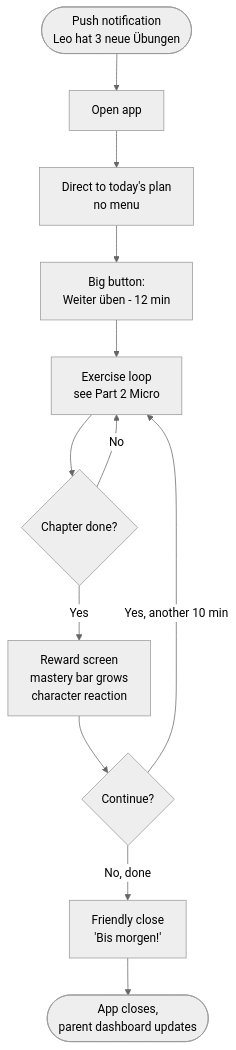
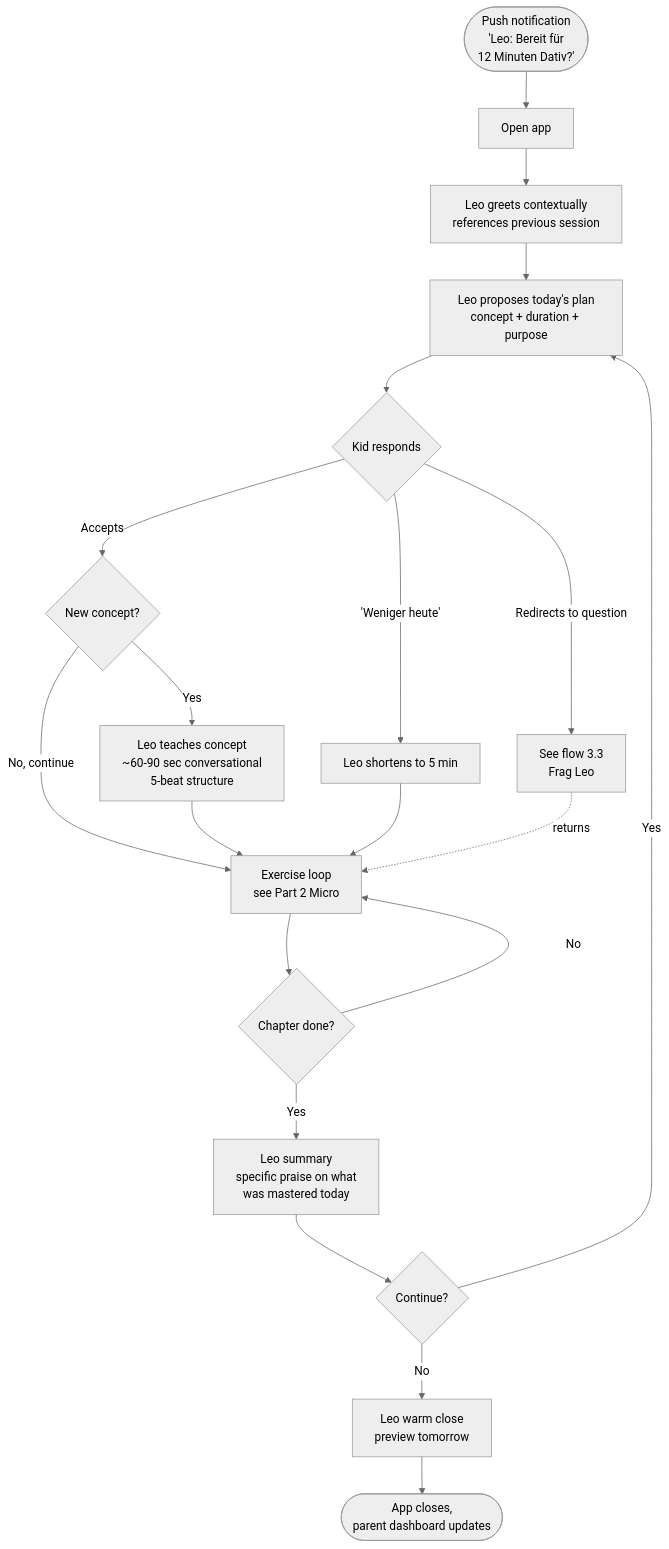
The sixth of 16 diagrams in docs/product/user-flows-and-interaction.md (romank-crisp/gymi-pruf), drawn with Mermaid (neutral theme) before and after one commit. The commit also changed other lines of this file and 3 other files, not shown here.

````diff
--- a/docs/product/user-flows-and-interaction.md
+++ b/docs/product/user-flows-and-interaction.md
@@ -189,14 +207,22 @@
 ```mermaid
 flowchart TD
-    N([Push notification<br/>Leo hat 3 neue Übungen]) --> O[Open app]
-    O --> T[Direct to today's plan<br/>no menu]
-    T --> C1[Big button:<br/>Weiter üben - 12 min]
-    C1 --> E[Exercise loop<br/>see Part 2 Micro]
+    N([Push notification<br/>'Leo: Bereit für<br/>12 Minuten Dativ?']) --> O[Open app]
+    O --> G[Leo greets contextually<br/>references previous session]
+    G --> P[Leo proposes today's plan<br/>concept + duration + purpose]
+    P --> R{Kid responds}
+    R -->|Accepts| T{New concept?}
+    R -->|Redirects to question| FRAG[See flow 3.3<br/>Frag Leo]
+    R -->|'Weniger heute'| SHORT[Leo shortens to 5 min]
+    T -->|Yes| INTRO[Leo teaches concept<br/>~60-90 sec conversational<br/>5-beat structure]
+    T -->|No, continue| E[Exercise loop<br/>see Part 2 Micro]
+    INTRO --> E
+    SHORT --> E
     E --> CH{Chapter done?}
     CH -->|No| E
-    CH -->|Yes| R[Reward screen<br/>mastery bar grows<br/>character reaction]
-    R --> Q{Continue?}
-    Q -->|Yes, another 10 min| E
-    Q -->|No, done| X[Friendly close<br/>'Bis morgen!']
+    CH -->|Yes| S[Leo summary<br/>specific praise on what<br/>was mastered today]
+    S --> Q{Continue?}
+    Q -->|Yes| P
+    Q -->|No| X[Leo warm close<br/>preview tomorrow]
     X --> End([App closes,<br/>parent dashboard updates])
+    FRAG -.returns.-> E
 ```
````
